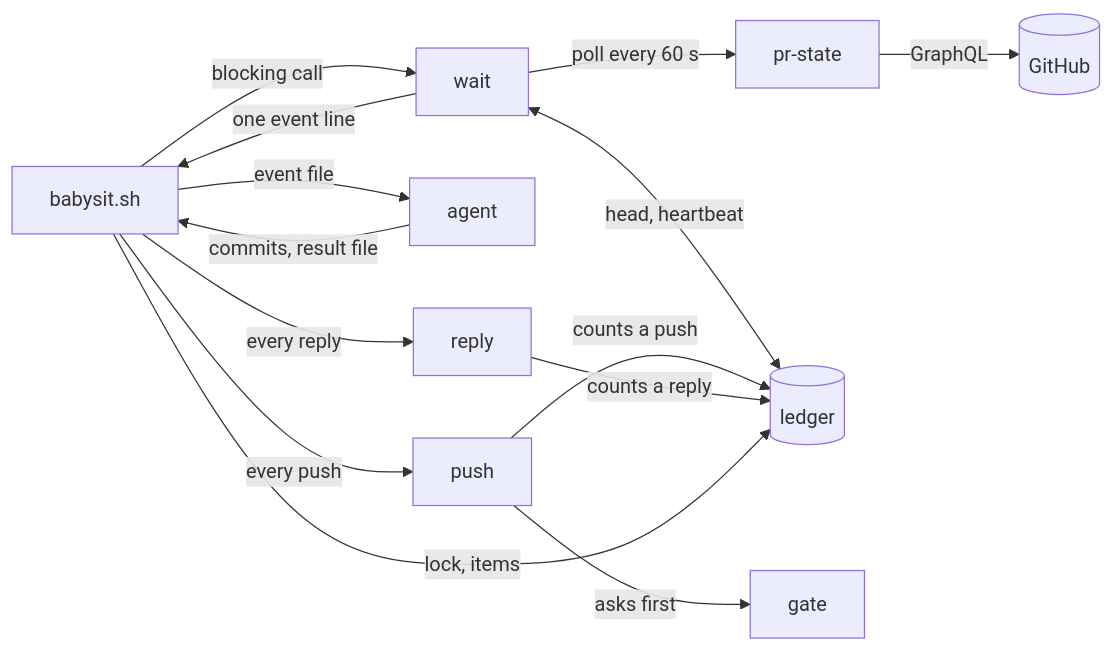
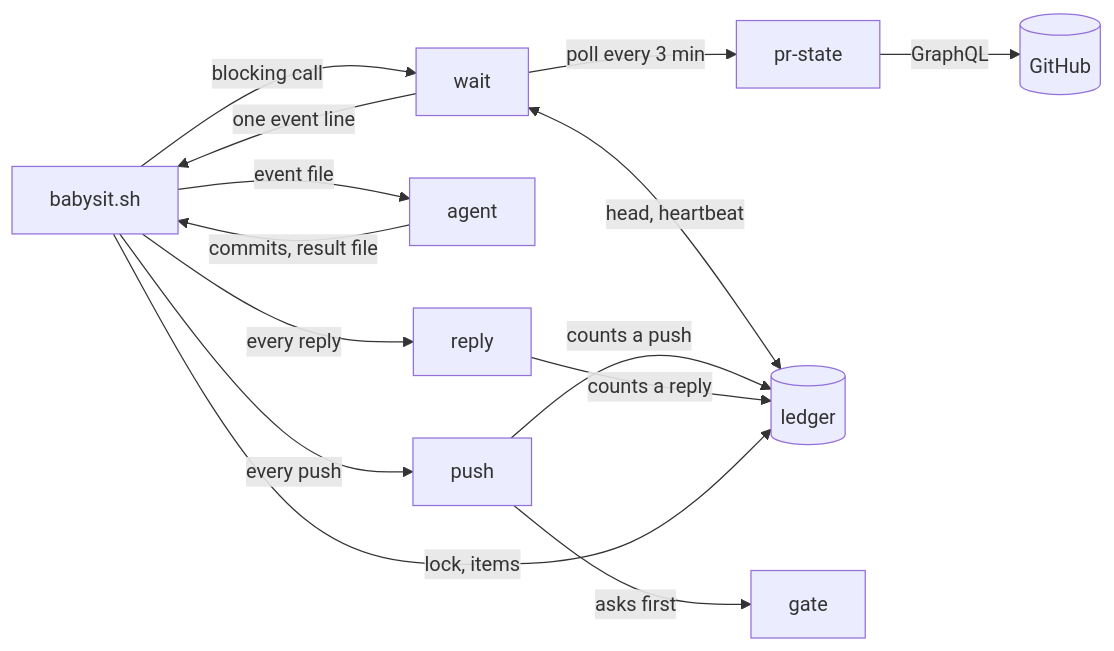
One commit to maro114510/skills changed the first of 3 diagrams in docs/design/babysit.md. Above: the diagram before and after it, drawn with Mermaid. The commit also changed other lines of this file, not shown here.

Commit message:
docs(babysit): document the 3-minute poll interval and the rate-limit wait
One read costs the minimum of 1 point, so only fewer reads lower the cost.
Polling every 3 minutes costs about 20 points per hour per PR.

Closes #615

````diff
--- a/docs/design/babysit.md
+++ b/docs/design/babysit.md
@@ -63,16 +63,16 @@
 ```mermaid
 flowchart LR
   B["babysit.sh"] -->|"blocking call"| W["wait"]
   W -->|"one event line"| B
-  W -->|"poll every 60 s"| P["pr-state"]
+  W -->|"poll every 3 min"| P["pr-state"]
   P -->|"GraphQL"| G[(GitHub)]
   W <-->|"head, heartbeat"| L[("ledger")]
   B -->|"event file"| A["agent"]
   A -->|"commits, result file"| B
   B -->|"every push"| U["push"]
   U -->|"asks first"| X["gate"]
   B -->|"every reply"| R["reply"]
   U -->|"counts a push"| L
   R -->|"counts a reply"| L
   B -->|"lock, items"| L
 ```
````
